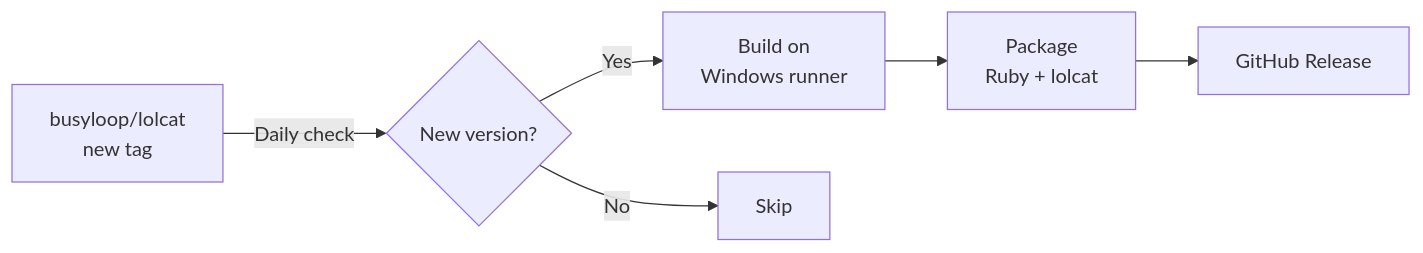
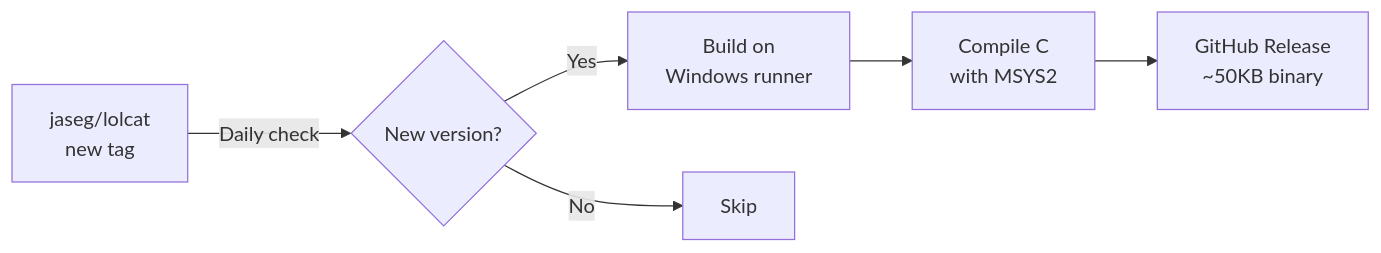
One commit to latipun7/lolcat-windows-builder changed the diagram in README.md. Above: the diagram before and after it, drawn with Mermaid. The commit also changed other lines of this file and 1 other file, not shown here.

First line of the commit message:
refactor: switch to jaseg/lolcat (C implementation)

````diff
--- a/README.md
+++ b/README.md
@@ -52,8 +56,8 @@
 ```mermaid
 flowchart LR
-    A[busyloop/lolcat<br>new tag] -->|Daily check| B{New version?}
+    A[jaseg/lolcat<br>new tag] -->|Daily check| B{New version?}
     B -->|Yes| C[Build on<br>Windows runner]
-    C --> D[Package<br>Ruby + lolcat]
-    D --> E[GitHub Release]
+    C --> D[Compile C<br>with MSYS2]
+    D --> E[GitHub Release<br>~50KB binary]
     B -->|No| F[Skip]
 ```
````
